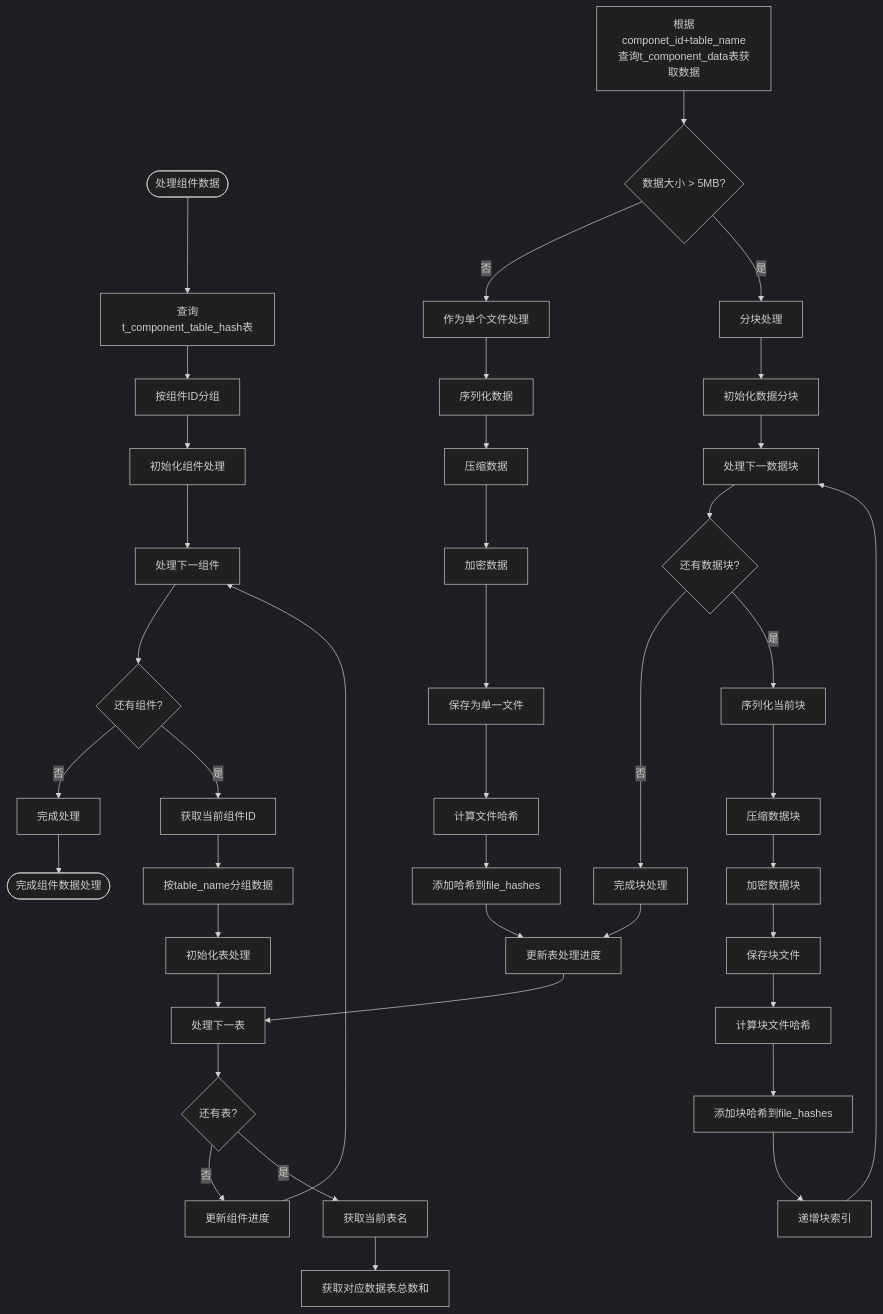
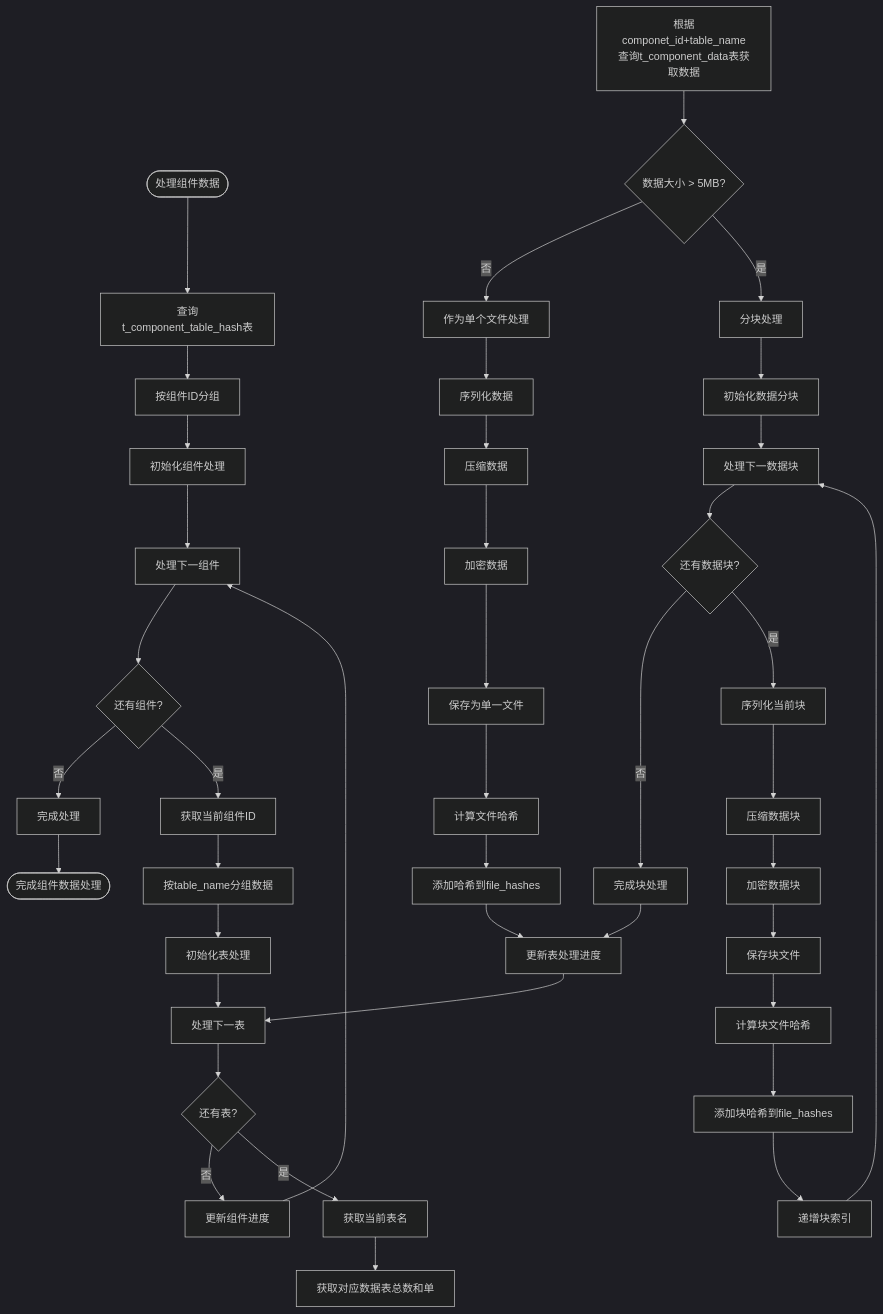
One commit to yingjianzh/iodraw-files changed the diagram in all/未命名-56.md. Above: the diagram before and after it, drawn with Mermaid (dark theme).

Commit message:
2025-05-12 14:26:10 update

````diff
--- a/all/未命名-56.md
+++ b/all/未命名-56.md
@@ -1,58 +1,58 @@
 ```mermaid
 
 flowchart TD
     Start([处理组件数据]) --> QueryDB[查询t_component_table_hash表]
     QueryDB --> GroupByComp[按组件ID分组]
     GroupByComp --> InitCompProcess[初始化组件处理]
     
     InitCompProcess --> ProcessNextComp[处理下一组件]
     ProcessNextComp --> MoreComps{还有组件?}
     MoreComps -->|否| CompleteProcess[完成处理]
     MoreComps -->|是| GetCompID[获取当前组件ID]
     
     GetCompID --> GroupByTable[按table_name分组数据]
     GroupByTable --> InitTableProcess[初始化表处理]
     
     InitTableProcess --> ProcessNextTable[处理下一表]
     ProcessNextTable --> MoreTables{还有表?}
     MoreTables -->|否| UpdateCompProgress[更新组件进度]
     MoreTables -->|是| GetTableName[获取当前表名]
     
     UpdateCompProgress --> ProcessNextComp
     
-    GetTableName --> CheckDataSize[获取对应数据表总数和]
+    GetTableName --> CheckDataSize[获取对应数据表总数和单]
     QueryTableData[根据componet_id+table_name查询t_component_data表获取数据]
     QueryTableData --> DataSize{数据大小 > 5MB?}
     
     DataSize -->|否| ProcessSingleFile[作为单个文件处理]
     DataSize -->|是| ProcessMultipleChunks[分块处理]
     
     ProcessSingleFile --> SerializeData[序列化数据]
     SerializeData --> CompressData[压缩数据]
     CompressData --> EncryptData[加密数据]
     EncryptData --> SaveSingleFile[保存为单一文件]
     SaveSingleFile --> CalcFileHash[计算文件哈希]
     CalcFileHash --> AddToFileHashes[添加哈希到file_hashes]
 
     ProcessMultipleChunks --> InitChunks[初始化数据分块]
     InitChunks --> ProcessNextChunk[处理下一数据块]
     
     ProcessNextChunk --> MoreChunks{还有数据块?}
     MoreChunks -->|否| CompleteChunks[完成块处理]
     MoreChunks -->|是| SerializeChunk[序列化当前块]
     
     SerializeChunk --> CompressChunk[压缩数据块]
     CompressChunk --> EncryptChunk[加密数据块]
     EncryptChunk --> SaveChunkFile[保存块文件]
     SaveChunkFile --> CalcChunkHash[计算块文件哈希]
     CalcChunkHash --> AddChunkHash[添加块哈希到file_hashes]
     AddChunkHash --> IncrementChunkIndex[递增块索引]
     IncrementChunkIndex --> ProcessNextChunk
     
     CompleteChunks --> UpdateTableProgress[更新表处理进度]
     AddToFileHashes --> UpdateTableProgress
     UpdateTableProgress --> ProcessNextTable
     
     CompleteProcess --> End([完成组件数据处理])
 
 ```
````
